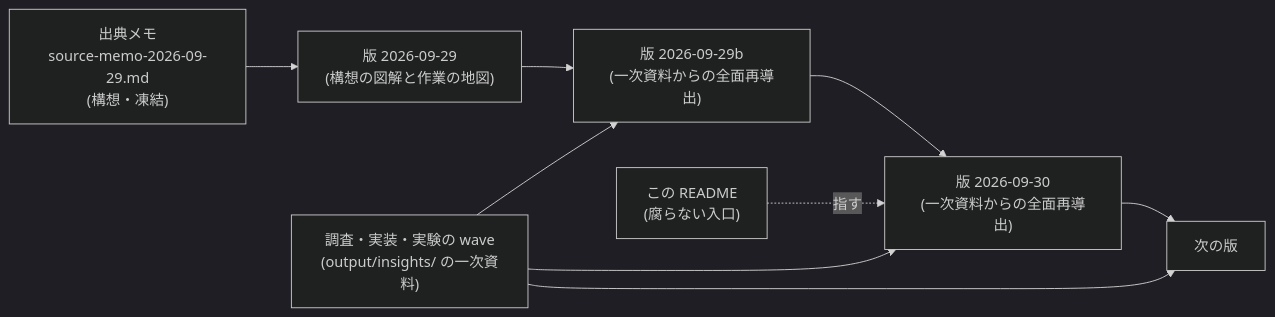
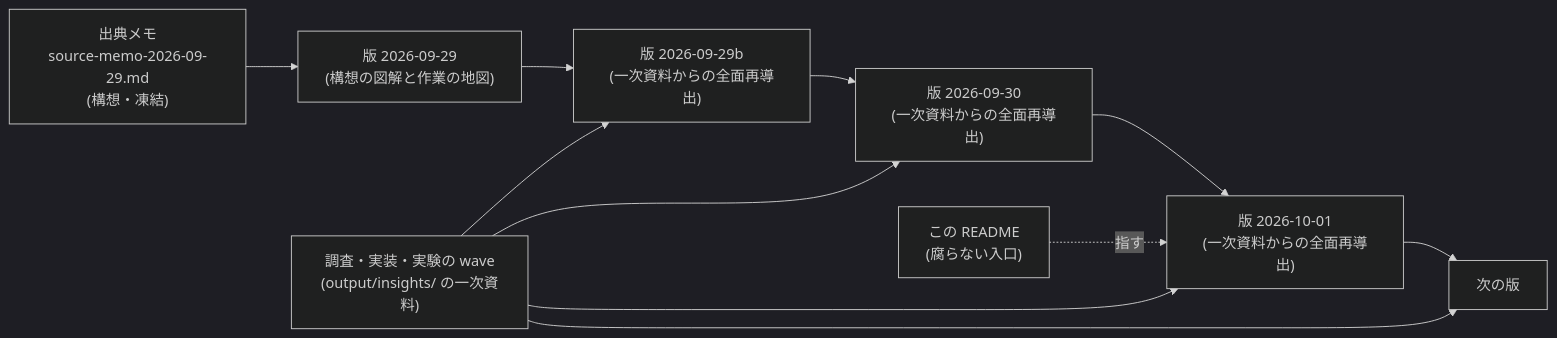
The first of 2 diagrams in docs/paper-story-vhash/README.md (thawk105/izanagi), drawn with Mermaid (dark theme) before and after one commit. The commit also changed other lines of this file and 2 other files, not shown here.

````diff
--- a/docs/paper-story-vhash/README.md
+++ b/docs/paper-story-vhash/README.md
@@ -7,11 +7,13 @@
 ```mermaid
 flowchart LR
   memo["出典メモ<br/>source-memo-2026-09-29.md<br/>(構想・凍結)"] --> v1["版 2026-09-29<br/>(構想の図解と作業の地図)"]
   waves["調査・実装・実験の wave<br/>(output/insights/ の一次資料)"] --> v2["版 2026-09-29b<br/>(一次資料からの全面再導出)"]
   v1 --> v2
   waves --> v3["版 2026-09-30<br/>(一次資料からの全面再導出)"]
   v2 --> v3
-  v3 --> vN["次の版"]
+  waves --> v4["版 2026-10-01<br/>(一次資料からの全面再導出)"]
+  v3 --> v4
+  v4 --> vN["次の版"]
   waves --> vN
-  readme["この README<br/>(腐らない入口)"] -.指す.-> v3
+  readme["この README<br/>(腐らない入口)"] -.指す.-> v4
 ```
````
